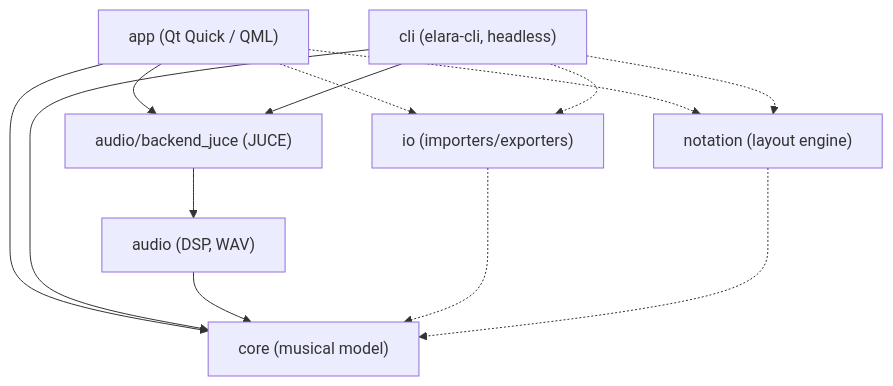
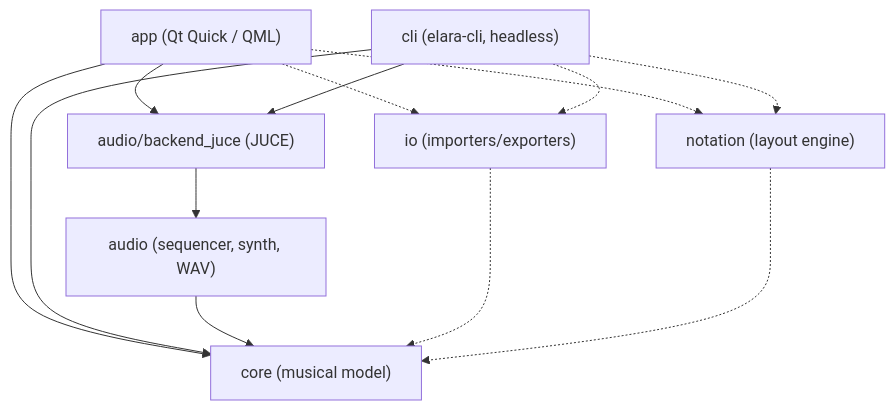
One commit to ghost-in-the-groove/elara changed the diagram in docs/architecture.md. Above: the diagram before and after it, drawn with Mermaid. The commit also changed other lines of this file and 20 other files, not shown here.

````diff
--- a/docs/architecture.md
+++ b/docs/architecture.md
@@ -5,16 +5,16 @@
 ```mermaid
 flowchart TD
     app["app (Qt Quick / QML)"] --> core
     app --> audio_juce
     app -.-> io
     app -.-> notation
     cli["cli (elara-cli, headless)"] --> core
     cli --> audio_juce
     cli -.-> io
     cli -.-> notation
     audio_juce["audio/backend_juce (JUCE)"] --> audio
-    audio["audio (DSP, WAV)"] --> core
+    audio["audio (sequencer, synth, WAV)"] --> core
     io["io (importers/exporters)"] -.-> core
     notation["notation (layout engine)"] -.-> core
     core["core (musical model)"]
 ```
````
